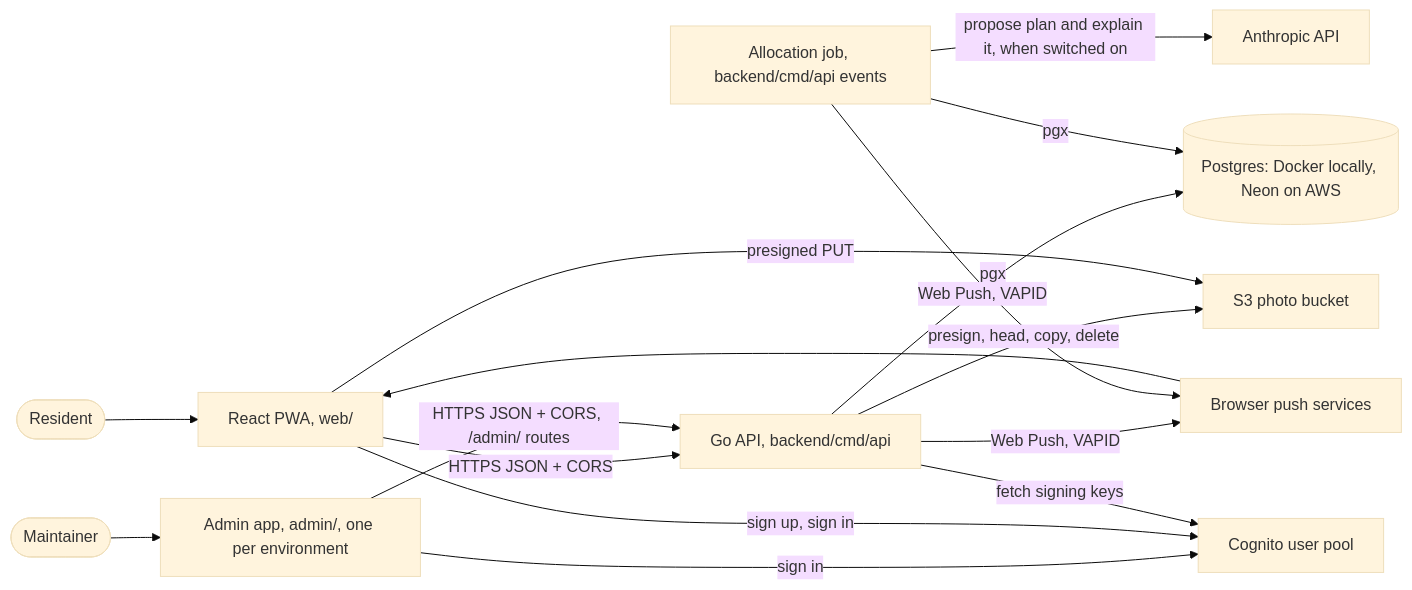
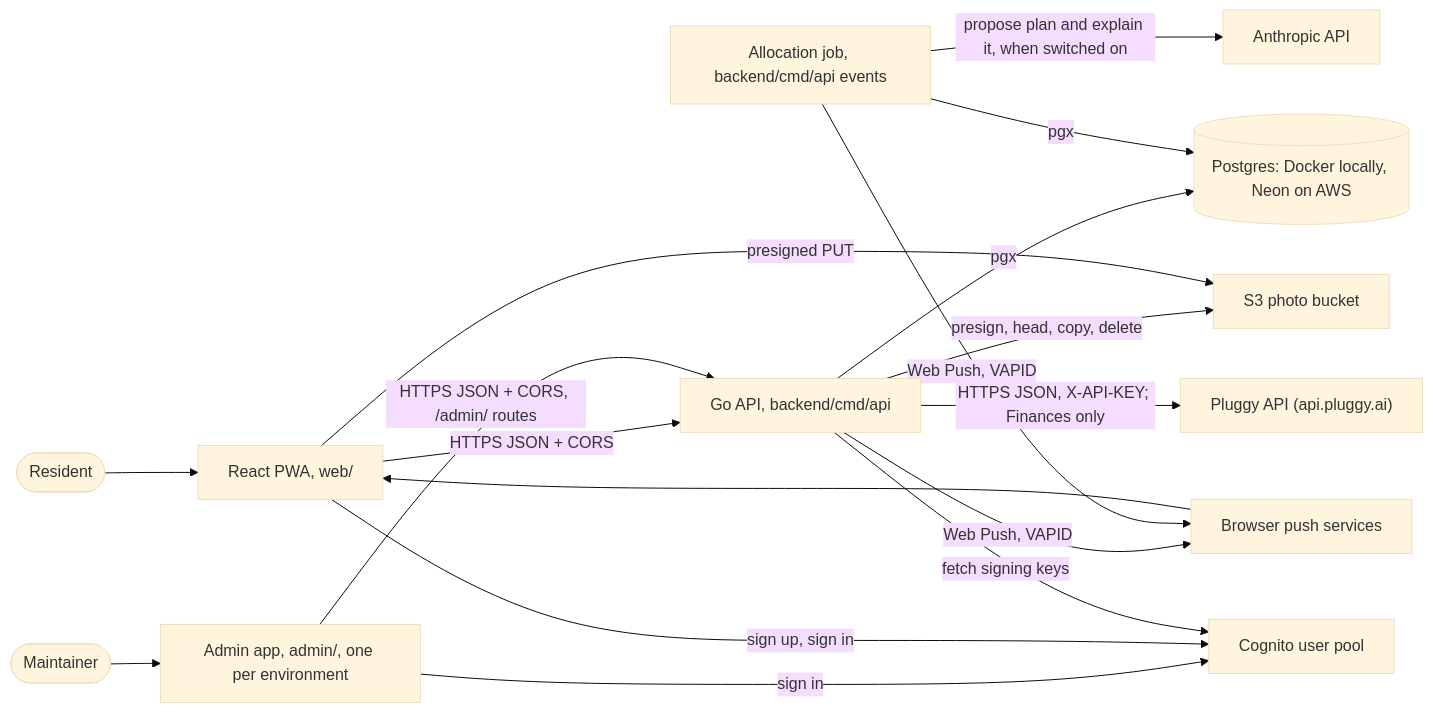
Before and after one commit to AbnerWillclefy/Homeowner: the second of 2 diagrams in docs/architecture/system-context.md, drawn with Mermaid (base theme). The commit also changed other lines of this file and 3 other files, not shown here.

````diff
--- a/docs/architecture/system-context.md
+++ b/docs/architecture/system-context.md
@@ -34,30 +36,32 @@
 ```mermaid
 flowchart LR
     R([Resident])
     MT([Maintainer])
     PWA["React PWA, web/"]
     API["Go API, backend/cmd/api"]
     DB[("Postgres: Docker locally, Neon on AWS")]
     ALLOC["Allocation job, backend/cmd/api events"]
     COG["Cognito user pool"]
     LLM["Anthropic API"]
     PUSH["Browser push services"]
     S3["S3 photo bucket"]
+    PLUGGY["Pluggy API (api.pluggy.ai)"]
 
+    API -->|"HTTPS JSON, X-API-KEY; Finances only"| PLUGGY
     R --> PWA
     PWA -->|HTTPS JSON + CORS| API
     API -->|pgx| DB
     API -->|Web Push, VAPID| PUSH
     API -->|presign, head, copy, delete| S3
     PWA -->|presigned PUT| S3
     ADMIN["Admin app, admin/, one per environment"]
     MT --> ADMIN
     ADMIN -->|"HTTPS JSON + CORS, /admin/ routes"| API
     ADMIN -->|sign in| COG
     PUSH --> PWA
     PWA -->|sign up, sign in| COG
     API -->|fetch signing keys| COG
     ALLOC -->|pgx| DB
     ALLOC -->|propose plan and explain it, when switched on| LLM
     ALLOC -->|Web Push, VAPID| PUSH
 ```
````
